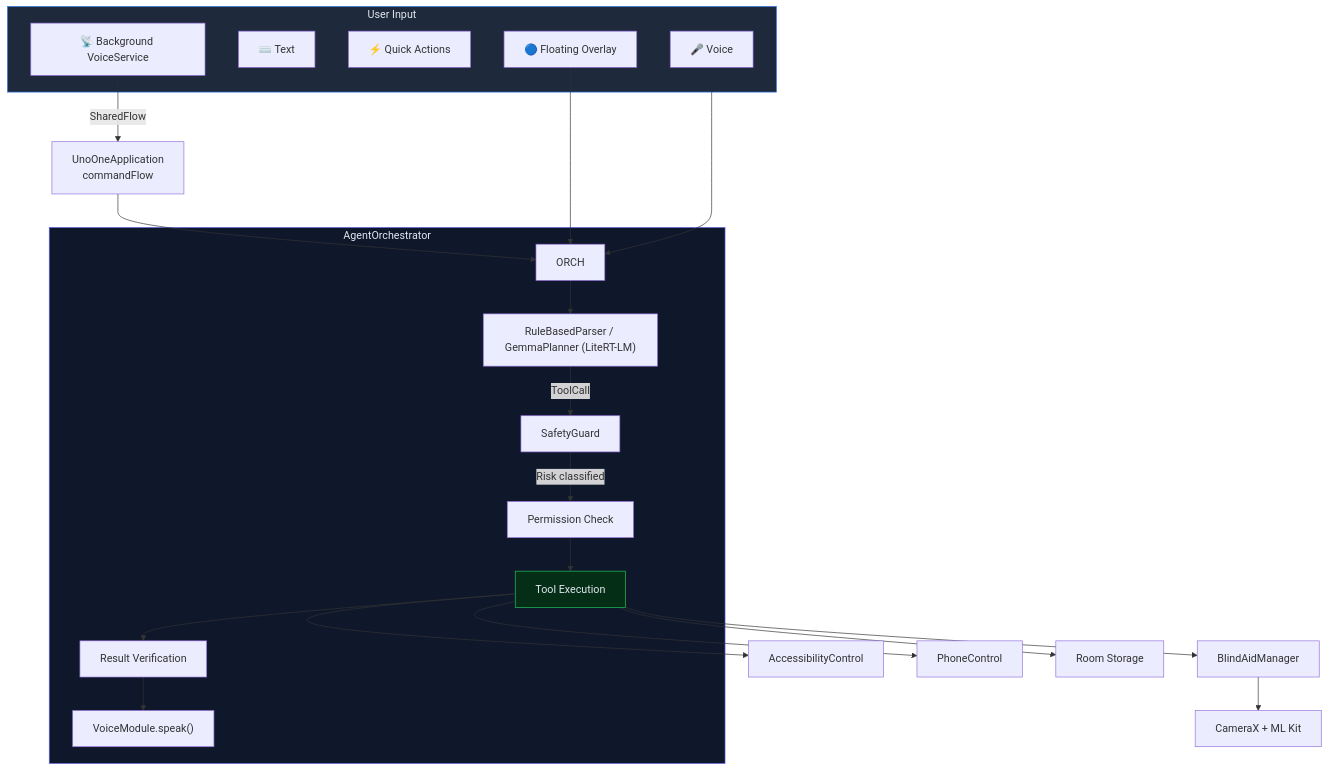
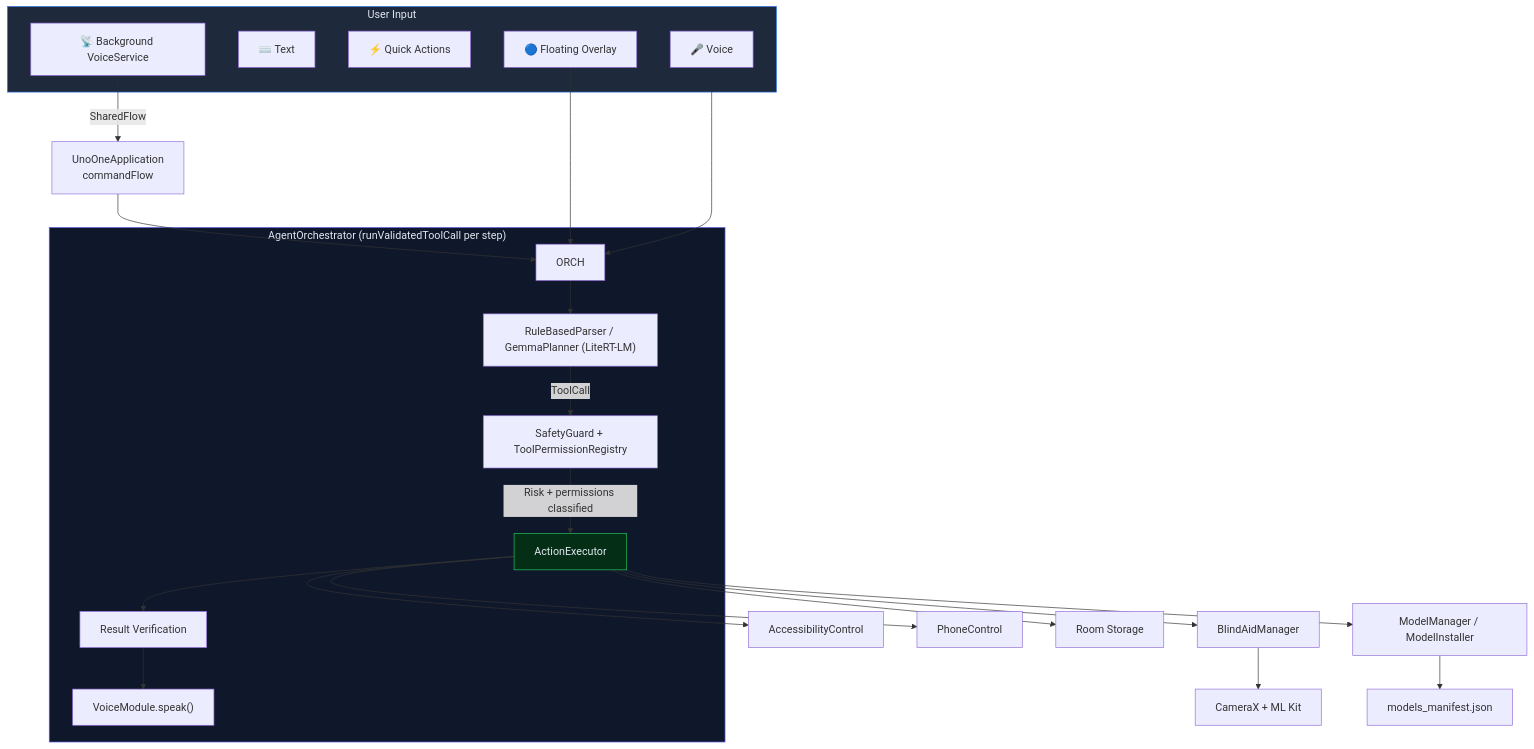
Before and after one commit to inbharatai/UnoOne-Local-Agent: the diagram in README.md, drawn with Mermaid. The commit also changed other lines of this file and 61 other files, not shown here.

````diff
--- a/README.md
+++ b/README.md
@@ -87,37 +99,38 @@
 ```mermaid
 flowchart TB
     subgraph Entry["User Input"]
         V["🎤 Voice"]
         T["⌨️ Text"]
         QA["⚡ Quick Actions"]
         OV["🔵 Floating Overlay"]
         BG["📡 Background VoiceService"]
     end
 
     Entry --> ORCH
 
-    subgraph Core["AgentOrchestrator"]
+    subgraph Core["AgentOrchestrator (runValidatedToolCall per step)"]
         ORCH --> PARSER["RuleBasedParser / GemmaPlanner (LiteRT-LM)"]
-        PARSER -->|ToolCall| SAFETY["SafetyGuard"]
-        SAFETY -->|Risk classified| PERM["Permission Check"]
-        PERM --> EXEC["Tool Execution"]
+        PARSER -->|ToolCall| SAFETY["SafetyGuard + ToolPermissionRegistry"]
+        SAFETY -->|Risk + permissions classified| EXEC["ActionExecutor"]
         EXEC --> VERIFY["Result Verification"]
         VERIFY --> SPEAK["VoiceModule.speak()"]
     end
 
     EXEC --> ACCESS["AccessibilityControl"]
     EXEC --> PHONE["PhoneControl"]
     EXEC --> STORE["Room Storage"]
     EXEC --> BLIND["BlindAidManager"]
+    EXEC --> MODELS["ModelManager / ModelInstaller"]
 
     BLIND --> CAM["CameraX + ML Kit"]
+    MODELS --> MANIFEST["models_manifest.json"]
 
     BG -->|SharedFlow| RX["UnoOneApplication<br/>commandFlow"]
     RX --> ORCH
 
     OV --> ORCH
 
     style Entry fill:#1e293b,stroke:#3b82f6,color:#e2e8f0
     style Core fill:#0f172a,stroke:#6366f1,color:#e2e8f0
     style EXEC fill:#052e16,stroke:#22c55e,color:#e2e8f0
 ```
````
